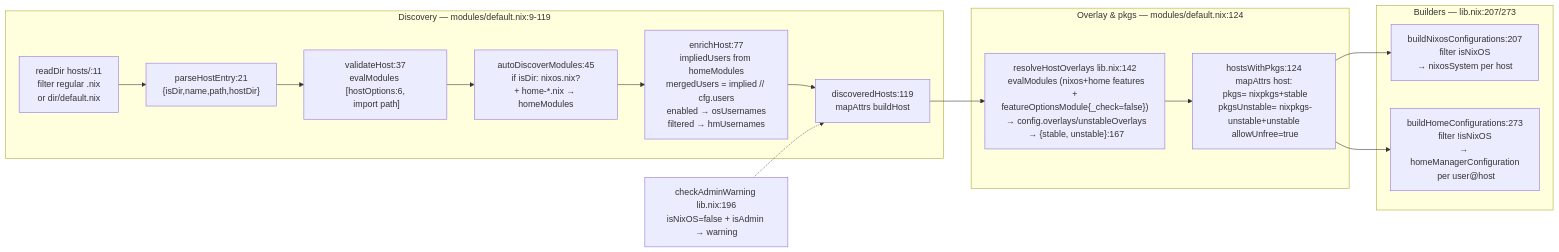
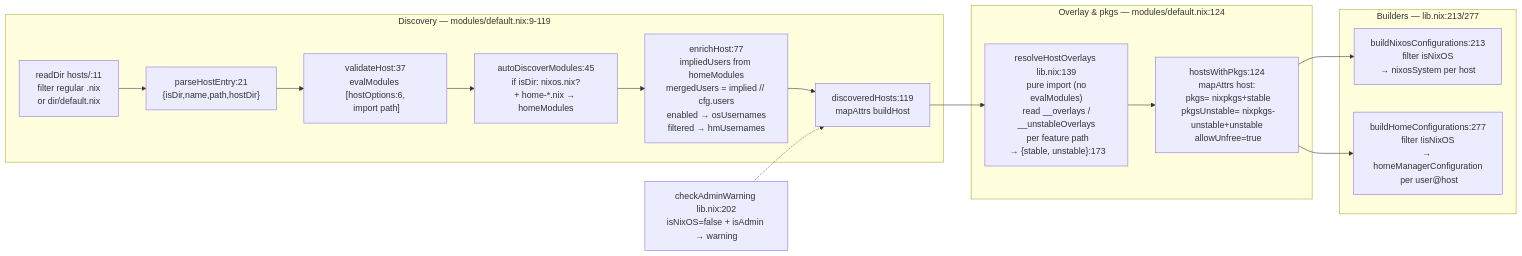
The second of 7 diagrams in DESIGN.md (WombatFromHell/automatic-palm-tree), drawn with Mermaid before and after one commit. The commit also changed other lines of this file and 9 other files, not shown here.

Commit message:
Refactor to make our loader code more pure idiomatic-nix

````diff
--- a/DESIGN.md
+++ b/DESIGN.md
@@ -77,23 +77,23 @@
 ```mermaid
 flowchart LR
     subgraph Disc ["Discovery — modules/default.nix:9-119"]
         scan["readDir hosts/:11\nfilter regular .nix\nor dir/default.nix"] --> parse["parseHostEntry:21\n{isDir,name,path,hostDir}"]
         parse --> validate["validateHost:37\nevalModules [hostOptions:6,\n import path]"]
         validate --> auto["autoDiscoverModules:45\nif isDir: nixos.nix?\n+ home-*.nix → homeModules"]
         auto --> enrich["enrichHost:77\nimpliedUsers from homeModules\nmergedUsers = implied // cfg.users\nenabled → osUsernames\nfiltered → hmUsernames"]
         enrich --> discovered["discoveredHosts:119\nmapAttrs buildHost"]
     end
     subgraph Pkgs ["Overlay & pkgs — modules/default.nix:124"]
-        overlays["resolveHostOverlays lib.nix:142\n evalModules (nixos+home features\n + featureOptionsModule{_check=false})\n → config.overlays/unstableOverlays\n → {stable, unstable}:167"]
+        overlays["resolveHostOverlays lib.nix:139\n pure import (no evalModules)\n read __overlays / __unstableOverlays\n per feature path\n → {stable, unstable}:173"]
         mkPkgs["hostsWithPkgs:124\nmapAttrs host:\n pkgs= nixpkgs+stable\n pkgsUnstable= nixpkgs-unstable+unstable\n allowUnfree=true"]
         overlays --> mkPkgs
     end
-    subgraph Out ["Builders — lib.nix:207/273"]
-        nixos["buildNixosConfigurations:207\nfilter isNixOS\n→ nixosSystem per host"]
-        hm["buildHomeConfigurations:273\nfilter !isNixOS\n→ homeManagerConfiguration\n per user@host"]
+    subgraph Out ["Builders — lib.nix:213/277"]
+        nixos["buildNixosConfigurations:213\nfilter isNixOS\n→ nixosSystem per host"]
+        hm["buildHomeConfigurations:277\nfilter !isNixOS\n→ homeManagerConfiguration\n per user@host"]
     end
     discovered --> overlays
     mkPkgs --> nixos & hm
 
-    checkWarn["checkAdminWarning lib.nix:196\nisNixOS=false + isAdmin → warning"] -.-> discovered
+    checkWarn["checkAdminWarning lib.nix:202\nisNixOS=false + isAdmin → warning"] -.-> discovered
 ```
````
